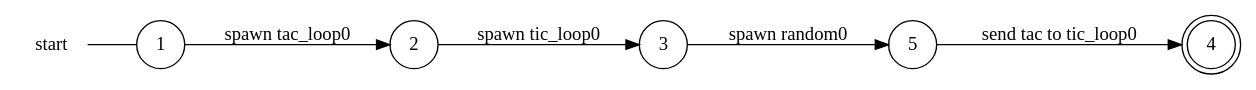
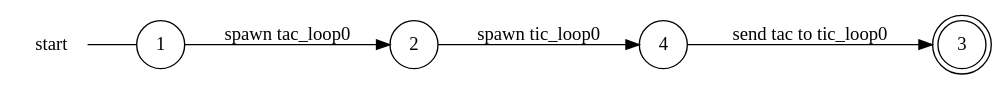
The diagram in examples/ticktack/start_local_view.dot (gabrielegenovese/chorer), drawn with Graphviz before and after one commit. The commit also changed 8 other files, not shown here.

```diff
--- a/examples/ticktack/start_local_view.dot
+++ b/examples/ticktack/start_local_view.dot
@@ -1,15 +1,13 @@
 digraph start {
 	rankdir="LR";
 	n_0 [label="start", shape="plaintext"];
-	n_1 [id="5", shape=circle, label="5"];
-	n_2 [id="1", shape=circle, label="1"];
-	n_0 -> n_2 [arrowhead=none];
-	n_3 [id="2", shape=circle, label="2"];
-	n_4 [id="4", shape=doublecircle, label="4"];
-	n_5 [id="3", shape=circle, label="3"];
+	n_1 [id="1", shape=circle, label="1"];
+	n_0 -> n_1 [arrowhead=none];
+	n_2 [id="2", shape=circle, label="2"];
+	n_3 [id="4", shape=circle, label="4"];
+	n_4 [id="3", shape=doublecircle, label="3"];
 
-	n_3 -> n_5 [id="[$e|2]", label="spawn tic_loop0"];
-	n_1 -> n_4 [id="[$e|0]", label="send tac to tic_loop0"];
-	n_2 -> n_3 [id="[$e|1]", label="spawn tac_loop0"];
-	n_5 -> n_1 [id="[$e|3]", label="spawn random0"];
+	n_3 -> n_4 [id="[$e|2]", label="send tac to tic_loop0"];
+	n_2 -> n_3 [id="[$e|0]", label="spawn tic_loop0"];
+	n_1 -> n_2 [id="[$e|1]", label="spawn tac_loop0"];
 }
```
